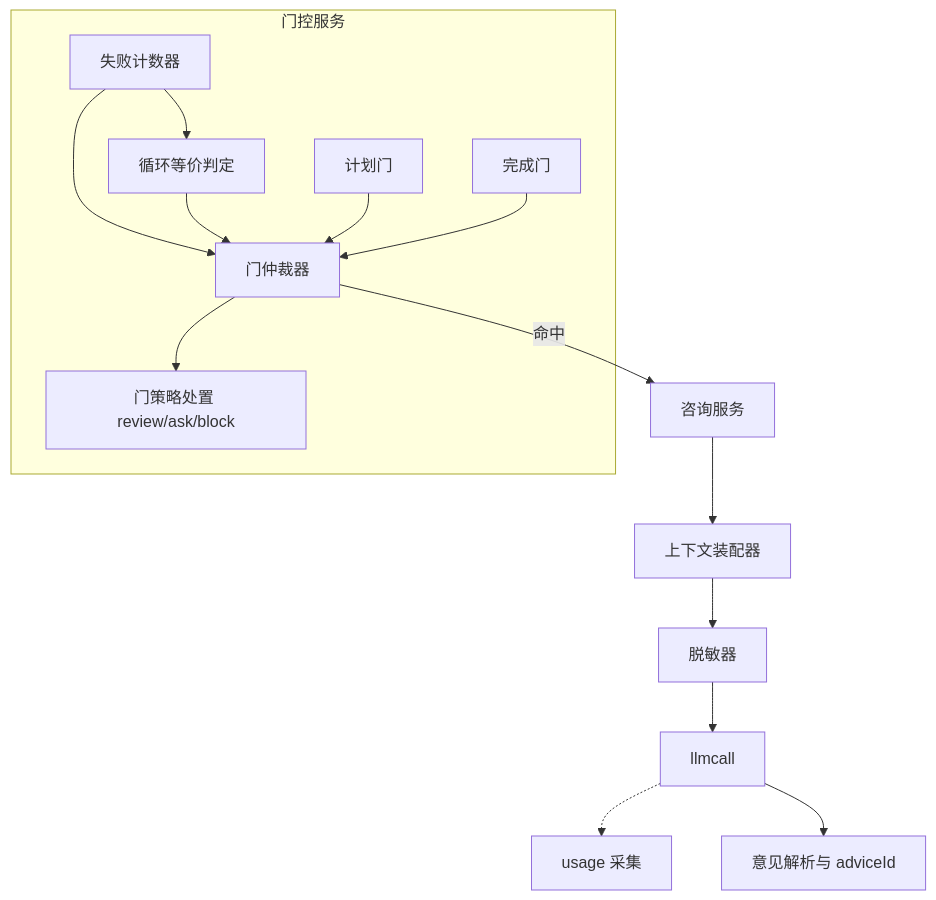
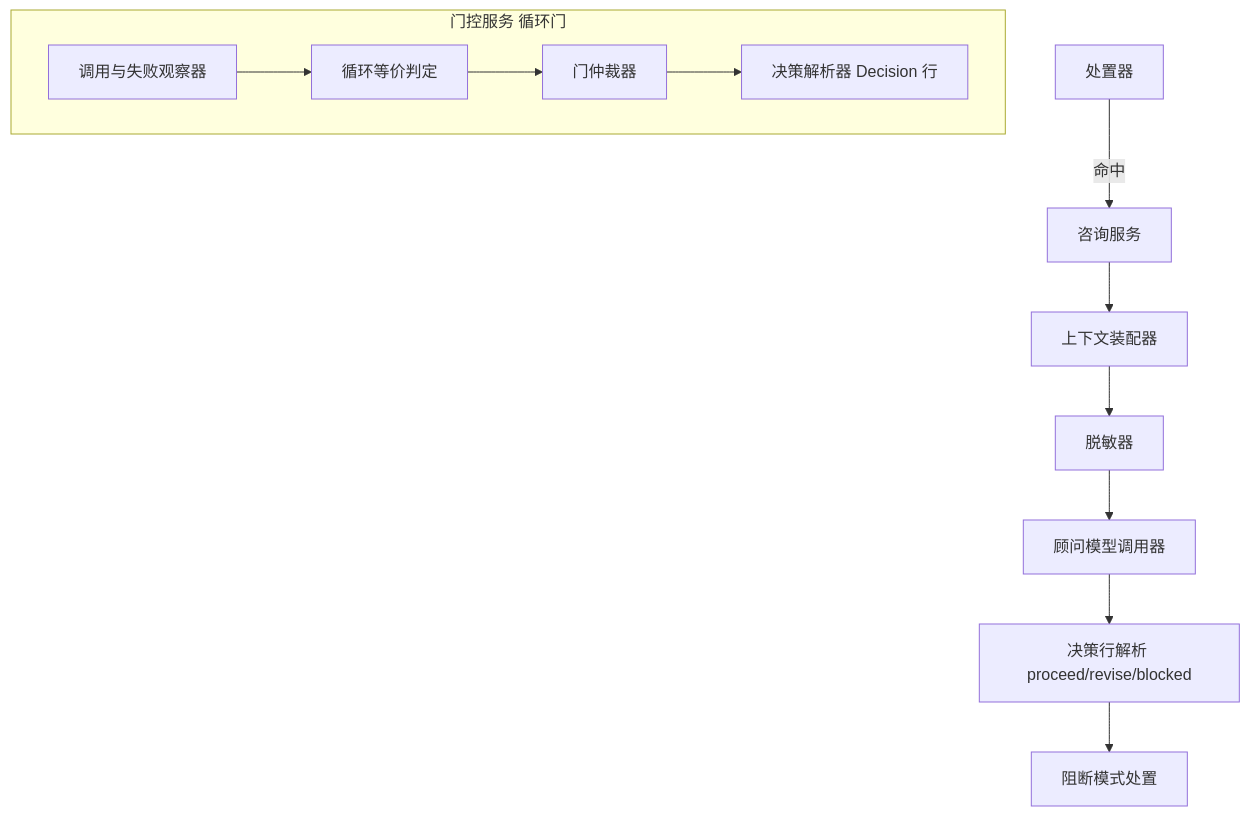
Before and after one commit to ccll/dsh-advisor-flow: the third of 9 diagrams in SOLUTION.md, drawn with Mermaid. The commit also changed other lines of this file and 6 other files, not shown here.

````diff
--- a/SOLUTION.md
+++ b/SOLUTION.md
@@ -98,17 +101,14 @@
 ```mermaid
 flowchart TB
-    subgraph gates[门控服务]
+    subgraph loopgate[门控服务 循环门]
         watcher[调用与失败观察器] --> loopdet[循环等价判定]
-        watcher[失败计数器] --> arbiter
         loopdet --> arbiter[门仲裁器]
-        planner[计划门] --> arbiter
-        completer[完成门] --> arbiter
-        arbiter --> policy[门策略处置 review/ask/block]
+        arbiter --> decision[决策解析器 Decision 行]
     end
-    arbiter -->|命中| consult[咨询服务]
+    arbiter2[处置器] -->|命中| consult[咨询服务]
     consult --> ctxasm[上下文装配器]
     ctxasm --> redact[脱敏器]
     redact --> llmcall[顾问模型调用器]
-    llmcall[llmcall] -.-> llmcall2[usage 采集]
-    llmcall --> parse[意见解析与 adviceId]
+    llmcall --> parse[决策行解析 proceed/revise/blocked]
+    parse --> policy[阻断模式处置]
 ```
````
